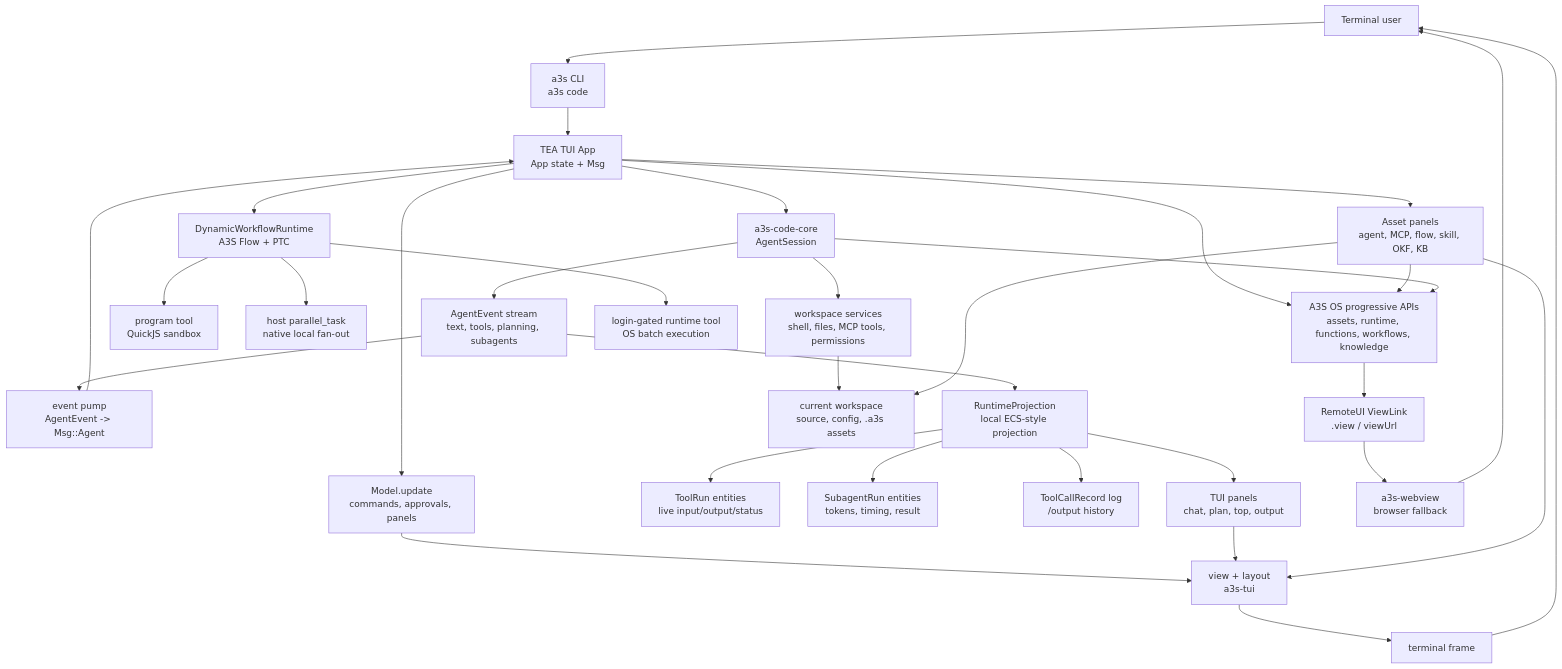
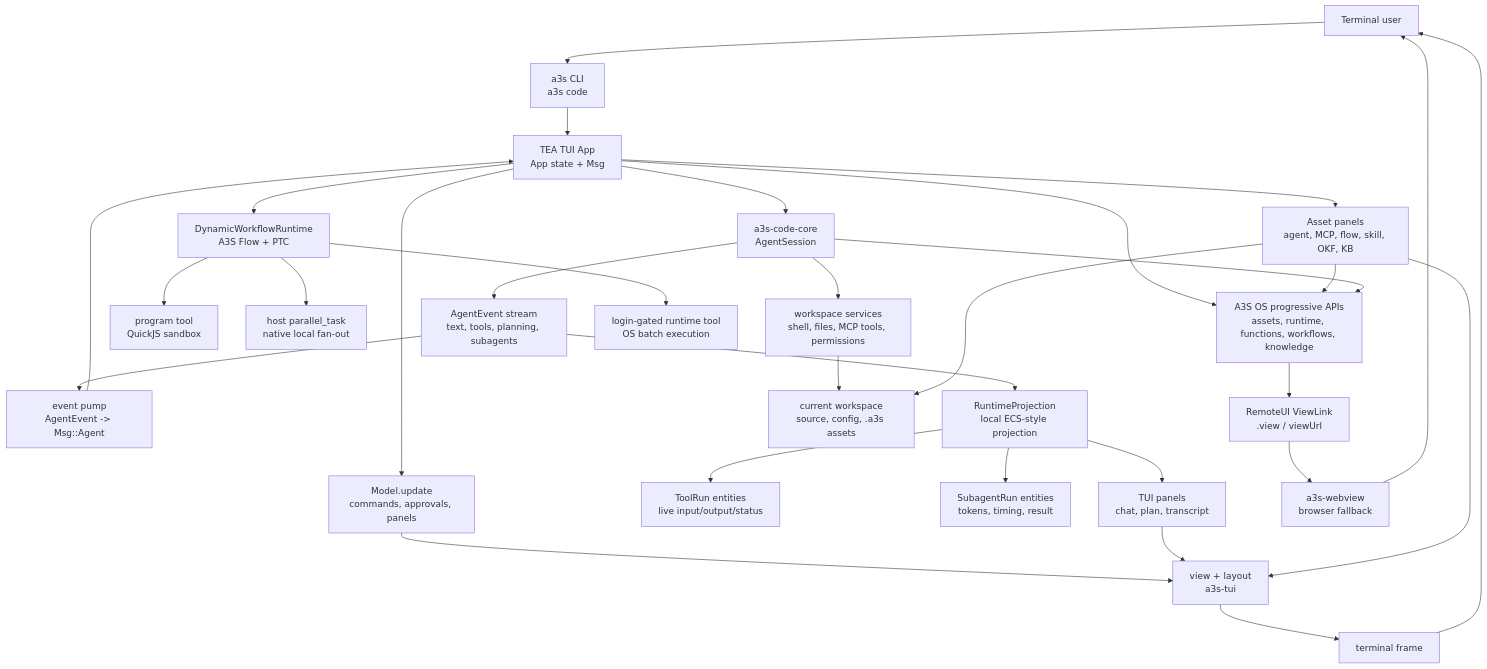
Before and after one commit to A3S-Lab/CLI: the diagram in README.md, drawn with Mermaid. The commit also changed other lines of this file and 120 other files, not shown here.

````diff
--- a/README.md
+++ b/README.md
@@ -558,41 +818,40 @@
 ```mermaid
 flowchart TD
     user["Terminal user"] --> cli["a3s CLI<br/>a3s code"]
     cli --> app["TEA TUI App<br/>App state + Msg"]
 
     app --> core["a3s-code-core<br/>AgentSession"]
     core --> events["AgentEvent stream<br/>text, tools, planning, subagents"]
     events --> pump["event pump<br/>AgentEvent -> Msg::Agent"]
     pump --> app
 
     app --> update["Model.update<br/>commands, approvals, panels"]
     update --> render["view + layout<br/>a3s-tui"]
     render --> frame["terminal frame"]
     frame --> user
 
     events --> projection["RuntimeProjection<br/>local ECS-style projection"]
     projection --> toolrun["ToolRun entities<br/>live input/output/status"]
     projection --> subrun["SubagentRun entities<br/>tokens, timing, result"]
-    projection --> toollog["ToolCallRecord log<br/>/output history"]
 
     app --> dynamic["DynamicWorkflowRuntime<br/>A3S Flow + PTC"]
     dynamic --> program["program tool<br/>QuickJS sandbox"]
     dynamic --> hostparallel["host parallel_task<br/>native local fan-out"]
 
-    projection --> panels["TUI panels<br/>chat, plan, top, output"]
+    projection --> panels["TUI panels<br/>chat, plan, transcript"]
     app --> assets["Asset panels<br/>agent, MCP, flow, skill, OKF, KB"]
     panels --> render
     assets --> render
 
     core --> workspace["workspace services<br/>shell, files, MCP tools, permissions"]
     workspace --> project["current workspace<br/>source, config, .a3s assets"]
     assets --> project
 
     app --> os["A3S OS progressive APIs<br/>assets, runtime, functions, workflows, knowledge"]
     dynamic --> osruntime["login-gated runtime tool<br/>OS batch execution"]
     assets --> os
     core --> os
     os --> remote["RemoteUI ViewLink<br/>.view / viewUrl"]
     remote --> webview["a3s-webview<br/>browser fallback"]
     webview --> user
 ```
````
